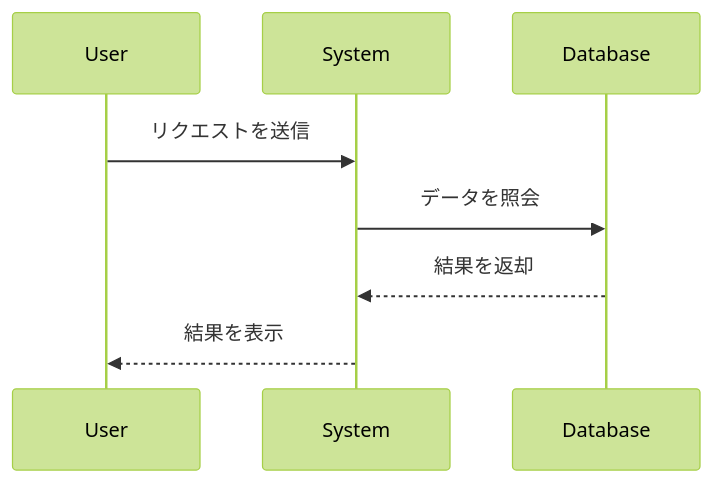
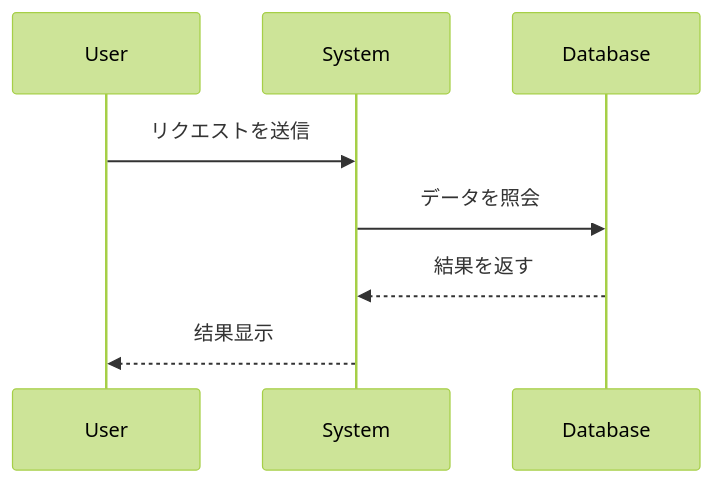
The second of 7 diagrams in .czon/src/ja-JP/8938d6aac9c056c06137a041b8e82379bfb619bb6d435b9ecec515337dd0cd69.md (zccz14/CZON), drawn with Mermaid (forest theme) before and after one commit. The commit also changed other lines of this file and 38 other files, not shown here.

````diff
--- a/.czon/src/ja-JP/8938d6aac9c056c06137a041b8e82379bfb619bb6d435b9ecec515337dd0cd69.md
+++ b/.czon/src/ja-JP/8938d6aac9c056c06137a041b8e82379bfb619bb6d435b9ecec515337dd0cd69.md
@@ -37,11 +37,11 @@
 ```mermaid
 sequenceDiagram
     participant User
     participant System
     participant Database
 
     User->>System: リクエストを送信
     System->>Database: データを照会
-    Database-->>System: 結果を返却
-    System-->>User: 結果を表示
+    Database-->>System: 結果を返す
+    System-->>User:结果显示
 ```
````
